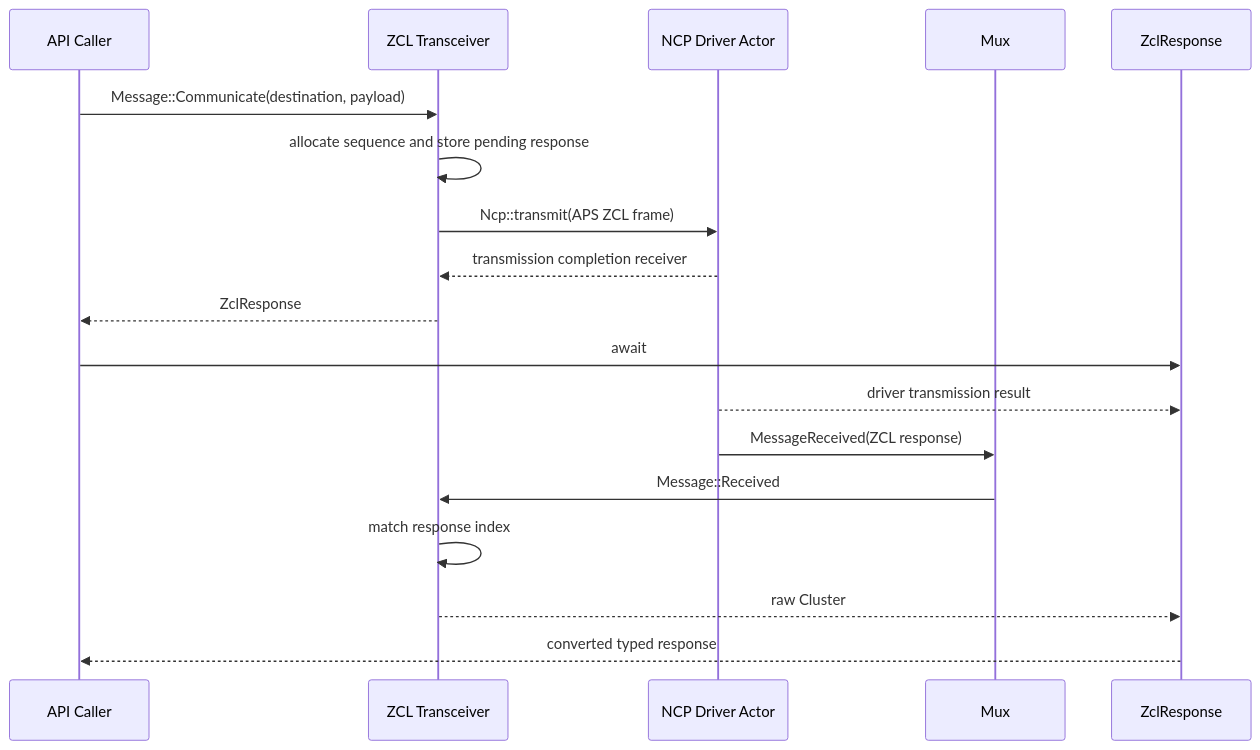
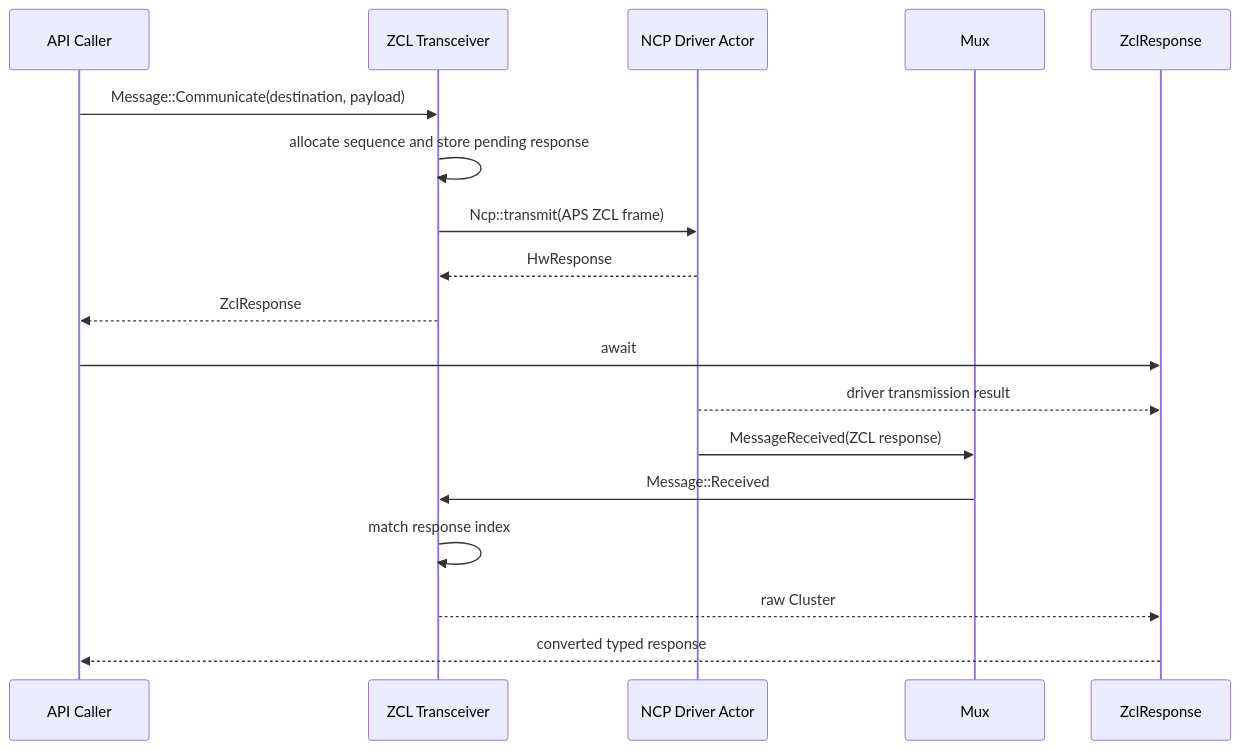
Before and after one commit to PaulmannLighting/apis-saltans: the fifth of 8 diagrams in coordinator/ARCHITECTURE.md, drawn with Mermaid. The commit also changed other lines of this file and 21 other files, not shown here.

````diff
--- a/coordinator/ARCHITECTURE.md
+++ b/coordinator/ARCHITECTURE.md
@@ -232,21 +232,21 @@
 ```mermaid
 sequenceDiagram
     participant API as API Caller
     participant ZCL as ZCL Transceiver
     participant HW as NCP Driver Actor
     participant M as Mux
     participant R as ZclResponse
 
     API->>ZCL: Message::Communicate(destination, payload)
     ZCL->>ZCL: allocate sequence and store pending response
     ZCL->>HW: Ncp::transmit(APS ZCL frame)
-    HW-->>ZCL: transmission completion receiver
+    HW-->>ZCL: HwResponse
     ZCL-->>API: ZclResponse
     API->>R: await
     HW-->>R: driver transmission result
     HW->>M: MessageReceived(ZCL response)
     M->>ZCL: Message::Received
     ZCL->>ZCL: match response index
     ZCL-->>R: raw Cluster
     R-->>API: converted typed response
 ```
````
